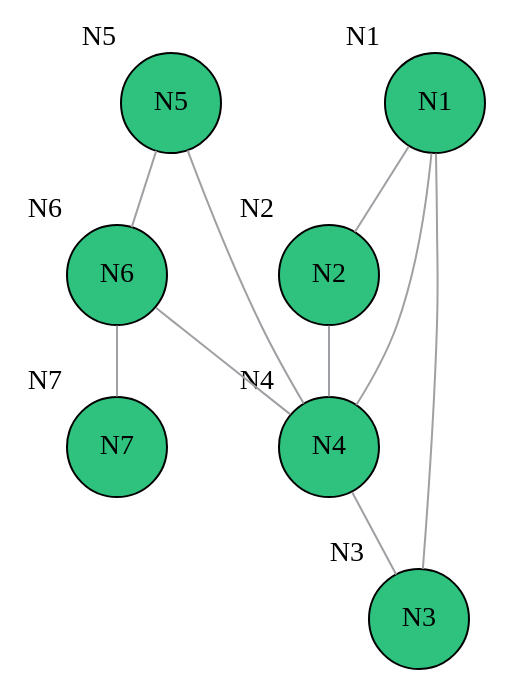
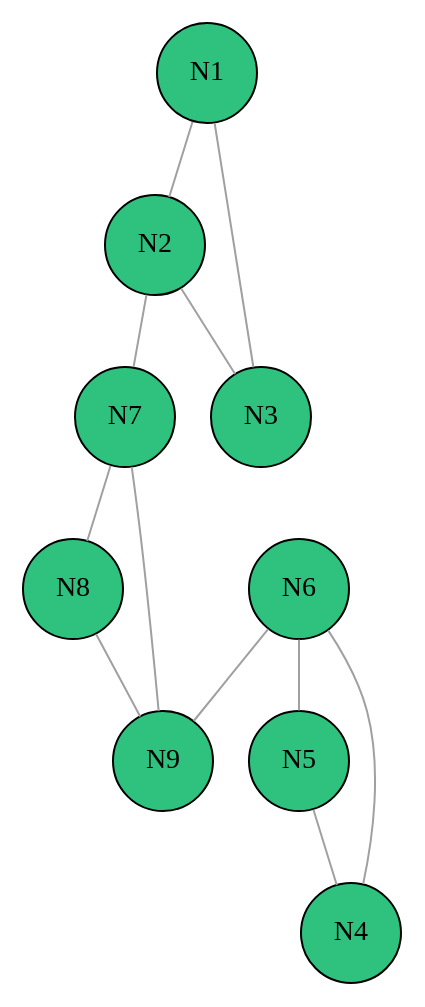
One commit to 0xdia/Programming-theory changed the diagram in tps/tp3/graph0.gv. Above: the diagram before and after it, drawn with Graphviz. The commit also changed 1 other file, not shown here.

```diff
--- a/tps/tp3/graph0.gv
+++ b/tps/tp3/graph0.gv
@@ -1,139 +1,101 @@
 digraph "graph0"
 {
 
 bgcolor = "#ffffff"
 
 node [
 class = "node"
-,fillcolor = "#ff00ff",style = "filled"
-,width = "0.152778",height = "0.152778"
+,fillcolor = "#2ec27e",style = "filled"
+,width = "0.694444",height = "0.694444"
 ,shape = "ellipse"
 ,color = "#000000"
 ,penwidth = "1"
-,"_vis_" = "label"
+,"_vis_" = "label|id"
 ];
 
 
-"N5" [
-pos = "1.8194,-2.7361!"
-,fillcolor = "#2ec27e",style = "filled"
-,width = "0.69444",height = "0.69444"
-,shape = "ellipse"
-,color = "#000000"
-,xlabel = "N5"
+"N1" [
+pos = "-2.43056,1.04167!"
 ]
 
 "N6" [
-pos = "1.4444,-1.5417!"
-,fillcolor = "#2ec27e",style = "filled"
-,width = "0.69444",height = "0.69444"
-,shape = "ellipse"
-,color = "#000000"
-,xlabel = "N6"
+pos = "2.43056,-0.347222!"
 ]
 
-"N1" [
-pos = "1.0833,-6.3194!"
-,fillcolor = "#2ec27e",style = "filled"
-,width = "0.69444",height = "0.69444"
-,shape = "ellipse"
-,color = "#000000"
-,xlabel = "N1"
+"N5" [
+pos = "1.38889,0.694444!"
 ]
 
 "N7" [
-pos = "1.4444,-0.34722!"
-,fillcolor = "#2ec27e",style = "filled"
-,width = "0.69444",height = "0.69444"
-,shape = "ellipse"
-,color = "#000000"
-,xlabel = "N7"
+pos = "-2.77778,-3.125!"
 ]
 
 "N2" [
-pos = "1.0833,-5.125!"
-,fillcolor = "#2ec27e",style = "filled"
-,width = "0.69444",height = "0.69444"
-,shape = "ellipse"
-,color = "#000000"
-,xlabel = "N2"
+pos = "-3.81944,-0.347222!"
 ]
 
 "N3" [
-pos = "0.34722,-2.7361!"
-,fillcolor = "#2ec27e",style = "filled"
-,width = "0.69444",height = "0.69444"
-,shape = "ellipse"
-,color = "#000000"
-,xlabel = "N3"
+pos = "-1.73611,0!"
 ]
 
 "N4" [
-pos = "1.0833,-3.9306!"
-,fillcolor = "#2ec27e",style = "filled"
-,width = "0.69444",height = "0.69444"
-,shape = "ellipse"
-,color = "#000000"
-,xlabel = "N4"
+pos = "2.77778,1.04167!"
+]
+
+"N8" [
+pos = "-1.38889,-4.51389!"
+]
+
+"N9" [
+pos = "-0.694444,-3.125!"
 ]
 
 
 
 edge [
 class = "edge"
 ,dir=none
 ,weight = "1"
 ,penwidth = "1"
 ,"_vis_" = "label"
 ,"color" = "#a0a0a4"
+,"size" = ""
 ,"style" = "solid"
 ];
 
 
-"N6" -> "N7" [id = "N6-N7"
-,"color" = "#a0a0a4"
-,"style" = "solid"
+"N2" -> "N3" [id = "E2"
 ];
 
-"N2" -> "N4" [id = "N2-N4"
-,"color" = "#a0a0a4"
-,"style" = "solid"
+"N1" -> "N2" [id = "E1"
 ];
 
-"N4" -> "N3" [id = "N4-N3"
-,"color" = "#a0a0a4"
-,"style" = "solid"
+"N3" -> "N1" [id = "E3"
 ];
 
-"N6" -> "N4" [id = "N6-N4"
-,"color" = "#a0a0a4"
-,"style" = "solid"
+"N8" -> "N9" [id = "E9"
 ];
 
-"N1" -> "N2" [id = "N1-N2"
-,"color" = "#a0a0a4"
-,"style" = "solid"
+"N7" -> "N8" [id = "E8"
 ];
 
-"N4" -> "N5" [id = "N4-N5"
-,"color" = "#a0a0a4"
-,"style" = "solid"
+"N5" -> "N4" [id = "E4"
 ];
 
-"N1" -> "N3" [id = "N1-N3"
-,"color" = "#a0a0a4"
-,"style" = "solid"
+"N6" -> "N9" [id = "E12"
 ];
 
-"N1" -> "N4" [id = "N1-N4"
-,"color" = "#a0a0a4"
-,"style" = "solid"
+"N4" -> "N6" [id = "E5"
 ];
 
-"N5" -> "N6" [id = "N5-N6"
-,"color" = "#a0a0a4"
-,"style" = "solid"
+"N9" -> "N7" [id = "E7"
+];
+
+"N6" -> "N5" [id = "E6"
+];
+
+"N2" -> "N7" [id = "E10"
 ];
 
 
 }
```
